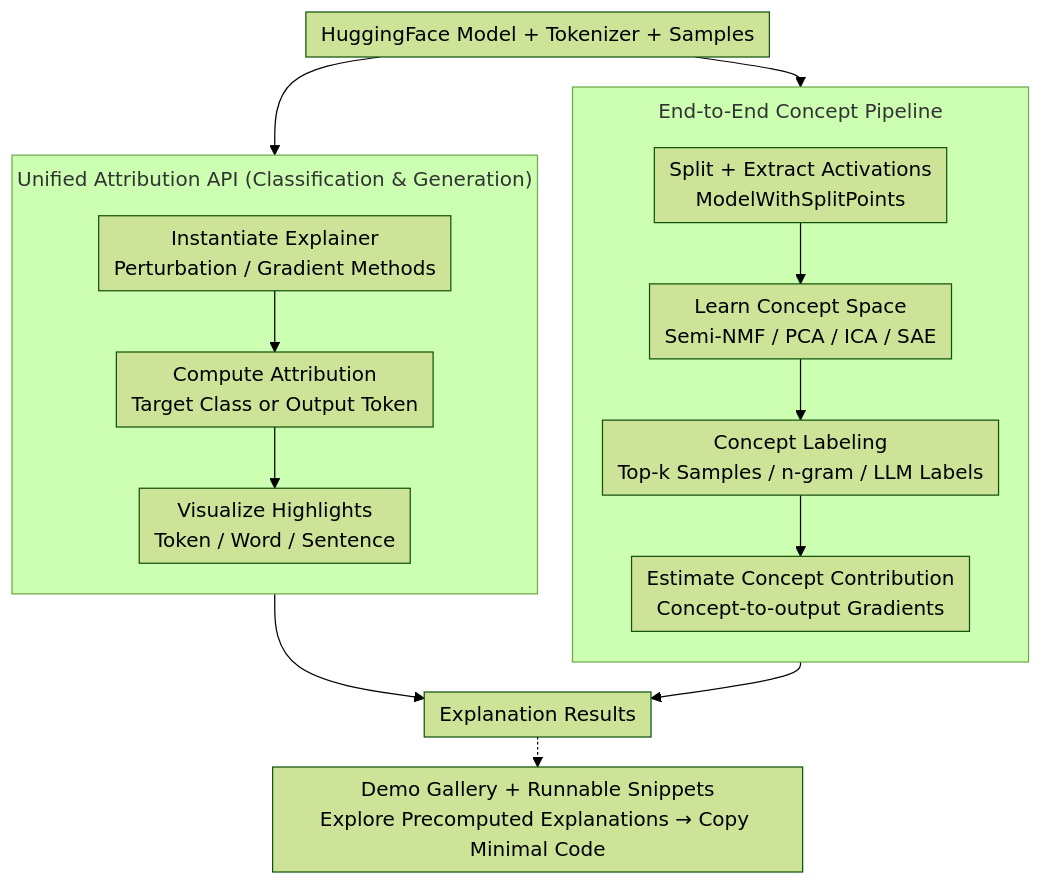
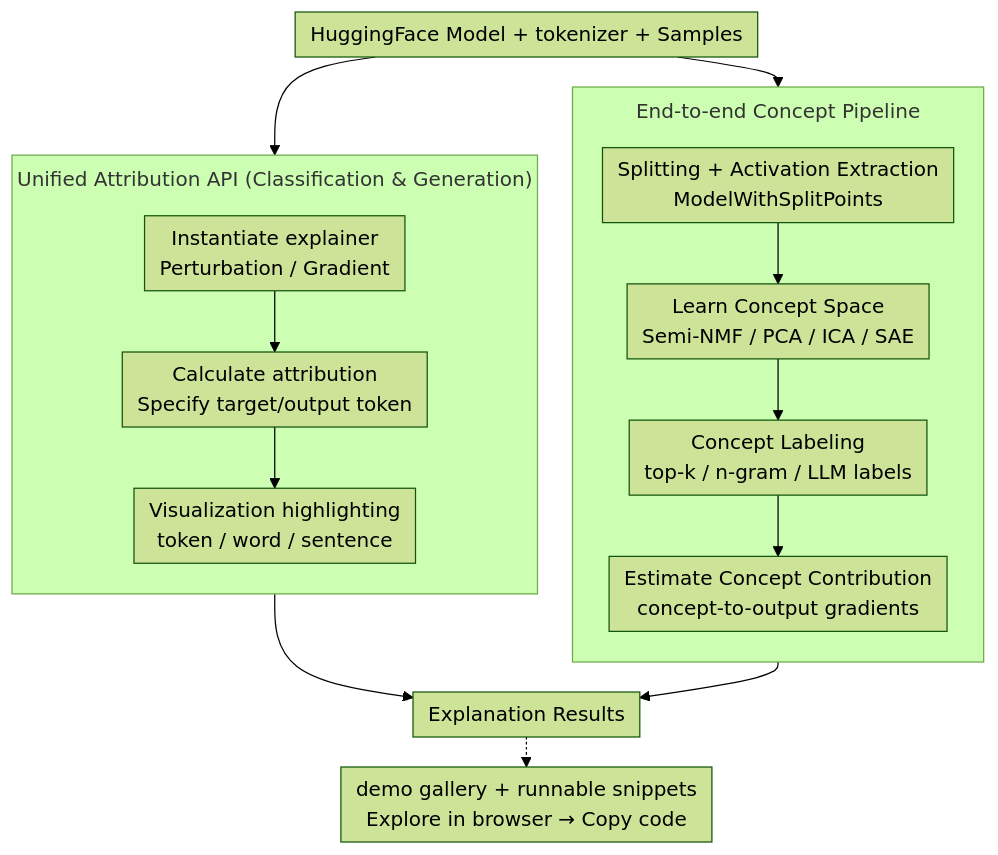
One commit to zhaoyang97/Paper-Notes-en changed the diagram in docs/ACL2026/interpretability/interpreto_an_explainability_library_for_transformers.md. Above: the diagram before and after it, drawn with Mermaid (forest theme). The commit also changed other lines of this file and 5084 other files, not shown here.

````diff
--- a/docs/ACL2026/interpretability/interpreto_an_explainability_library_for_transformers.md
+++ b/docs/ACL2026/interpretability/interpreto_an_explainability_library_for_transformers.md
@@ -47,24 +47,24 @@
 ```mermaid
 %%{init: {'flowchart': {'rankSpacing': 24, 'nodeSpacing': 28, 'padding': 6, 'wrappingWidth': 400, 'subGraphTitleMargin': {'top': 8, 'bottom': 16}}}}%%
 flowchart TD
-    M["HuggingFace Model + Tokenizer + Samples"]
+    M["HuggingFace Model + tokenizer + Samples"]
     M --> ATTR
     M --> CONC
 
     subgraph ATTR["Unified Attribution API (Classification & Generation)"]
         direction TB
-        A1["Instantiate Explainer<br/>Perturbation / Gradient Methods"] --> A2["Compute Attribution<br/>Target Class or Output Token"]
-        A2 --> A3["Visualize Highlights<br/>Token / Word / Sentence"]
+        A1["Instantiate explainer<br/>Perturbation / Gradient"] --> A2["Calculate attribution<br/>Specify target/output token"]
+        A2 --> A3["Visualization highlighting<br/>token / word / sentence"]
     end
 
-    subgraph CONC["End-to-End Concept Pipeline"]
+    subgraph CONC["End-to-end Concept Pipeline"]
         direction TB
-        C1["Split + Extract Activations<br/>ModelWithSplitPoints"] --> C2["Learn Concept Space<br/>Semi-NMF / PCA / ICA / SAE"]
-        C2 --> C3["Concept Labeling<br/>Top-k Samples / n-gram / LLM Labels"]
-        C3 --> C4["Estimate Concept Contribution<br/>Concept-to-output Gradients"]
+        C1["Splitting + Activation Extraction<br/>ModelWithSplitPoints"] --> C2["Learn Concept Space<br/>Semi-NMF / PCA / ICA / SAE"]
+        C2 --> C3["Concept Labeling<br/>top-k / n-gram / LLM labels"]
+        C3 --> C4["Estimate Concept Contribution<br/>concept-to-output gradients"]
     end
 
     ATTR --> OUT["Explanation Results"]
     CONC --> OUT
-    OUT -.-> DEMO["Demo Gallery + Runnable Snippets<br/>Explore Precomputed Explanations → Copy Minimal Code"]
+    OUT -.-> DEMO["demo gallery + runnable snippets<br/>Explore in browser → Copy code"]
 ```
````
